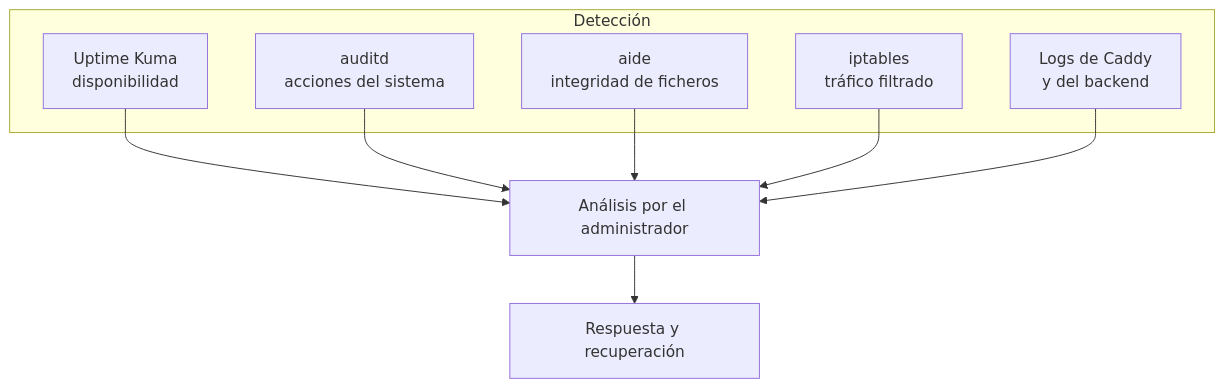
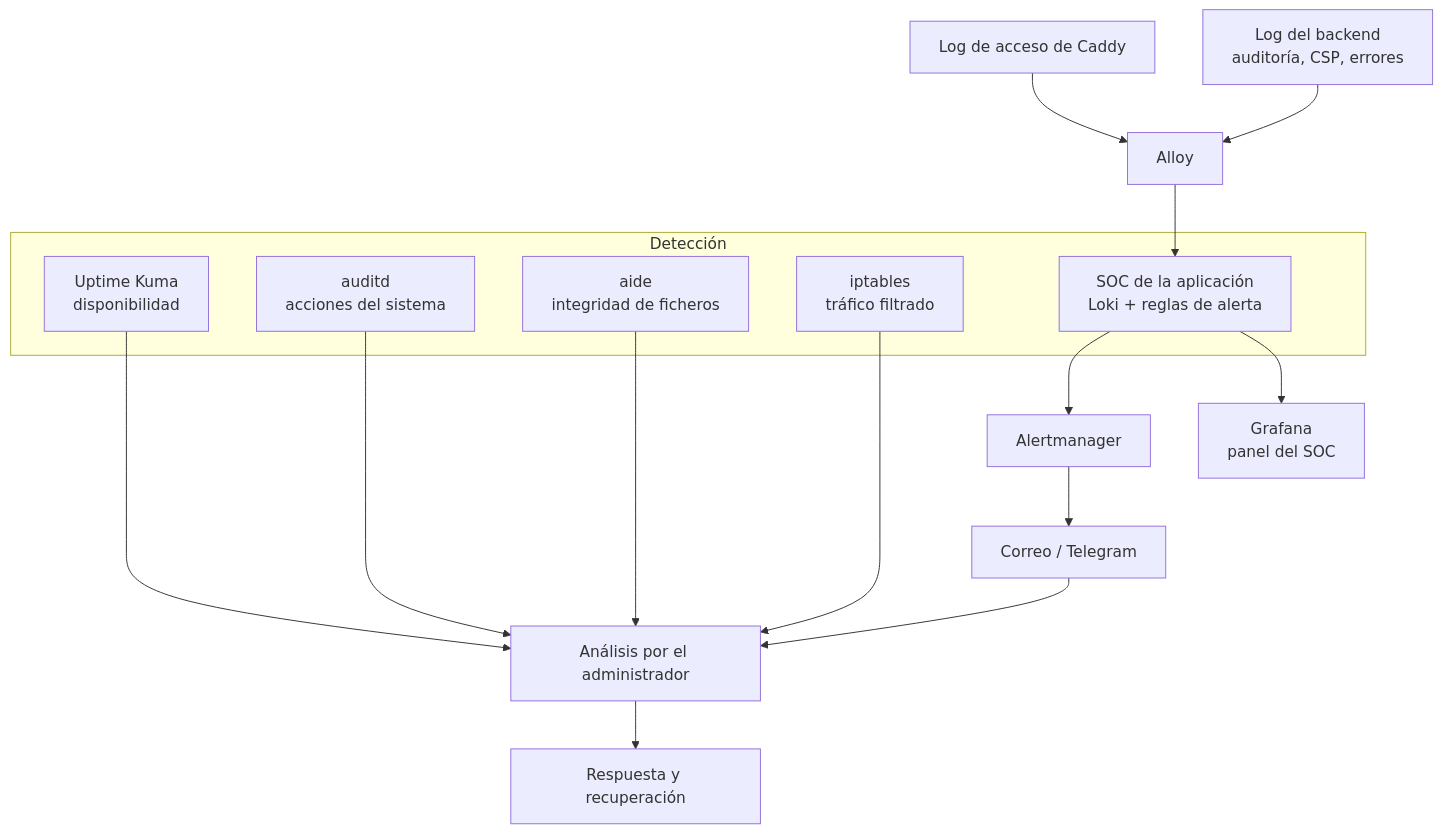
Before and after one commit to juanparejog/BarHub2.0: the fourth of 4 diagrams in docs/infraestructura.md, drawn with Mermaid. The commit also changed other lines of this file and 26 other files, not shown here.

````diff
--- a/docs/infraestructura.md
+++ b/docs/infraestructura.md
@@ -465,13 +470,16 @@
 ```mermaid
 flowchart TB
     subgraph Detección
         UK["Uptime Kuma<br/>disponibilidad"]
         AU["auditd<br/>acciones del sistema"]
         AI["aide<br/>integridad de ficheros"]
         FW["iptables<br/>tráfico filtrado"]
-        CL["Logs de Caddy<br/>y del backend"]
+        SOC["SOC de la aplicación<br/>Loki + reglas de alerta"]
     end
 
-    UK & AU & AI & FW & CL --> AN["Análisis por el administrador"]
+    CA["Log de acceso de Caddy"] & BE["Log del backend<br/>auditoría, CSP, errores"] --> AL["Alloy"] --> SOC
+    SOC --> AM["Alertmanager"] --> AV["Correo / Telegram"]
+    SOC --> GR["Grafana<br/>panel del SOC"]
+    UK & AU & AI & FW & AV --> AN["Análisis por el administrador"]
     AN --> RS["Respuesta y recuperación"]
 ```
````
